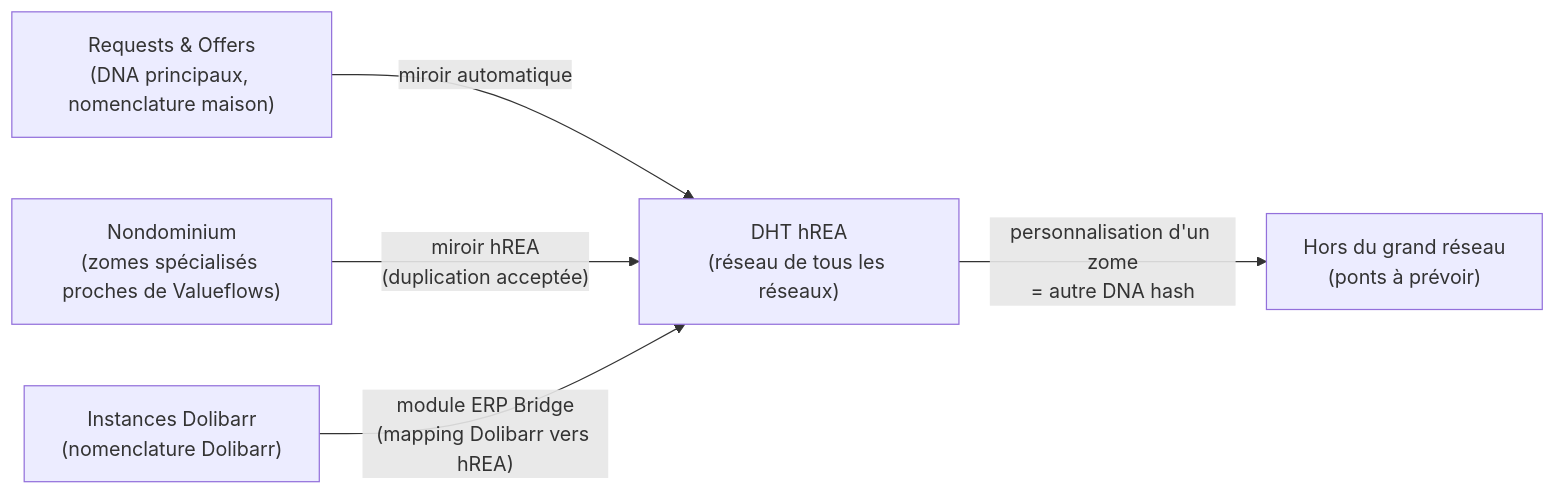
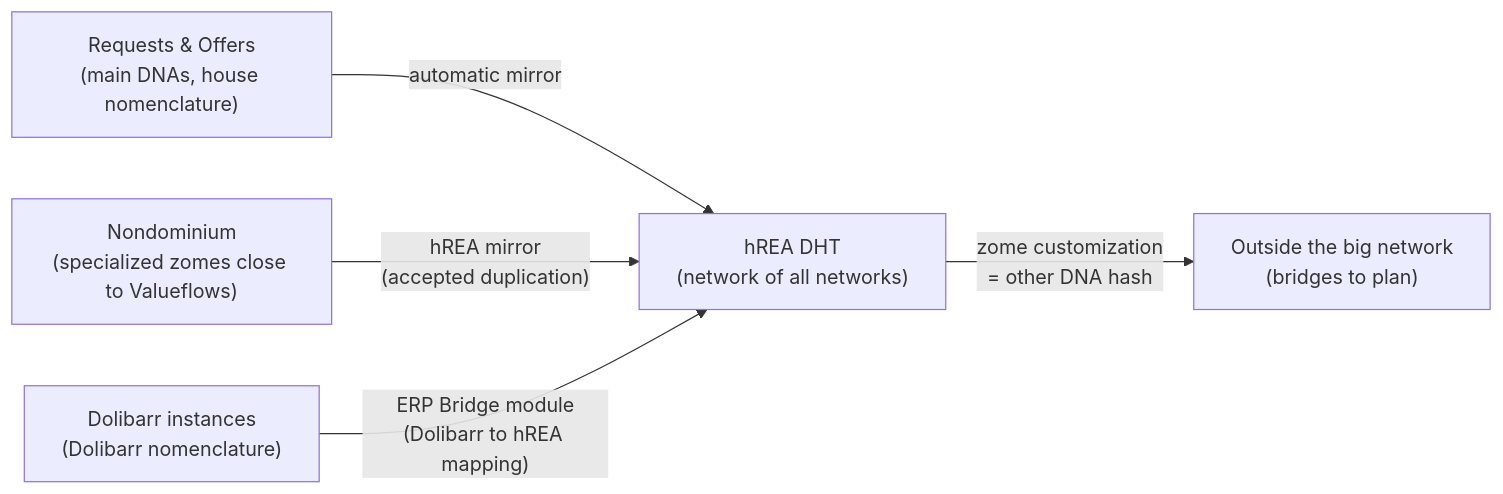
The first of 3 diagrams in content/meetings/2026-09-29-lab.md (Sensorica/nondominium-design-system), drawn with Mermaid before and after one commit. The commit also changed other lines of this file and 14 other files, not shown here.

````diff
--- a/content/meetings/2026-09-29-lab.md
+++ b/content/meetings/2026-09-29-lab.md
@@ -46,8 +47,8 @@
 ```mermaid
-%% caption: hREA comme réseau des réseaux : chaque implémentation garde sa nomenclature et se reflète dans la DHT hREA
+%% caption: hREA as the network of networks: each implementation keeps its nomenclature and mirrors itself into the hREA DHT
 flowchart LR
-    RO["Requests & Offers<br/>(DNA principaux, nomenclature maison)"] -->|"miroir automatique"| H["DHT hREA<br/>(réseau de tous les réseaux)"]
-    NDO["Nondominium<br/>(zomes spécialisés proches de Valueflows)"] -->|"miroir hREA<br/>(duplication acceptée)"| H
-    DOL["Instances Dolibarr<br/>(nomenclature Dolibarr)"] -->|"module ERP Bridge<br/>(mapping Dolibarr vers hREA)"| H
-    H -->|"personnalisation d'un zome<br/>= autre DNA hash"| OUT["Hors du grand réseau<br/>(ponts à prévoir)"]
+    RO["Requests & Offers<br/>(main DNAs, house nomenclature)"] -->|"automatic mirror"| H["hREA DHT<br/>(network of all networks)"]
+    NDO["Nondominium<br/>(specialized zomes close to Valueflows)"] -->|"hREA mirror<br/>(accepted duplication)"| H
+    DOL["Dolibarr instances<br/>(Dolibarr nomenclature)"] -->|"ERP Bridge module<br/>(Dolibarr to hREA mapping)"| H
+    H -->|"zome customization<br/>= other DNA hash"| OUT["Outside the big network<br/>(bridges to plan)"]
 ```
````
